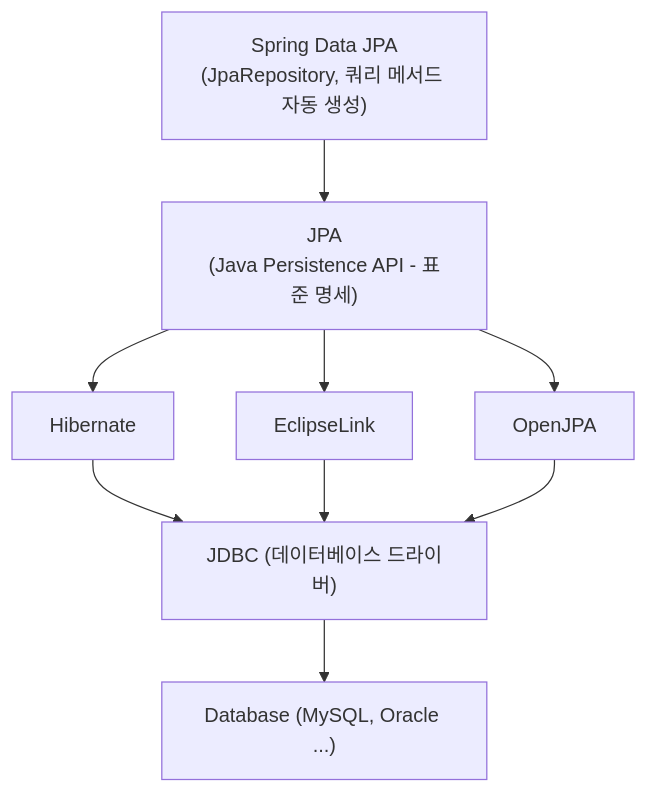
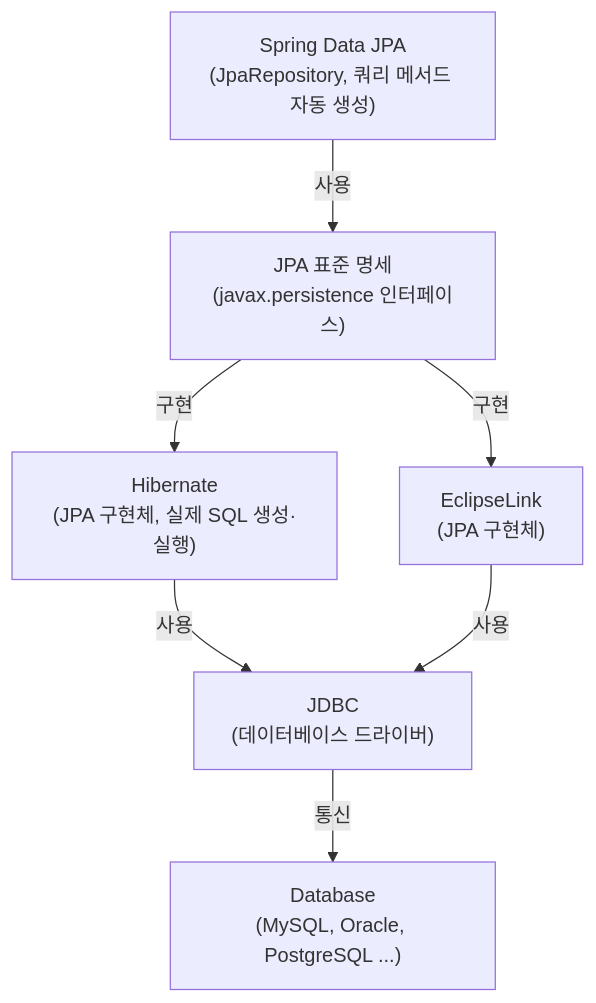
Before and after one commit to yjkim2015/yjkim2015.github.io: the second of 10 diagrams in _posts/jpa/2026-05-01-jpa-fundamentals.md, drawn with Mermaid. The commit also changed other lines of this file and 34 other files, not shown here.

First line of the commit message:
Full quality pass: 41 files — ASCII removed, 동작원리 보강, diagrams

```diff
--- a/_posts/jpa/2026-05-01-jpa-fundamentals.md
+++ b/_posts/jpa/2026-05-01-jpa-fundamentals.md
@@ -51,19 +65,16 @@
 <div class="mermaid">
 graph TD
-    SDJ["Spring Data JPA<br>(JpaRepository, 쿼리 메서드 자동 생성)"]
-    JPA["JPA<br>(Java Persistence API - 표준 명세)"]
-    HIB["Hibernate"]
-    ECL["EclipseLink"]
-    OJP["OpenJPA"]
-    JDBC["JDBC (데이터베이스 드라이버)"]
-    DB["Database (MySQL, Oracle ...)"]
+    SDJ["Spring Data JPA\n(JpaRepository, 쿼리 메서드 자동 생성)"]
+    JPA["JPA 표준 명세\n(javax.persistence 인터페이스)"]
+    HIB["Hibernate\n(JPA 구현체, 실제 SQL 생성·실행)"]
+    ECL["EclipseLink\n(JPA 구현체)"]
+    JDBC["JDBC\n(데이터베이스 드라이버)"]
+    DB["Database\n(MySQL, Oracle, PostgreSQL ...)"]
 
-    SDJ --> JPA
-    JPA --> HIB
-    JPA --> ECL
-    JPA --> OJP
-    HIB --> JDBC
-    ECL --> JDBC
-    OJP --> JDBC
-    JDBC --> DB
+    SDJ -->|"사용"| JPA
+    JPA -->|"구현"| HIB
+    JPA -->|"구현"| ECL
+    HIB -->|"사용"| JDBC
+    ECL -->|"사용"| JDBC
+    JDBC -->|"통신"| DB
 </div>
```
